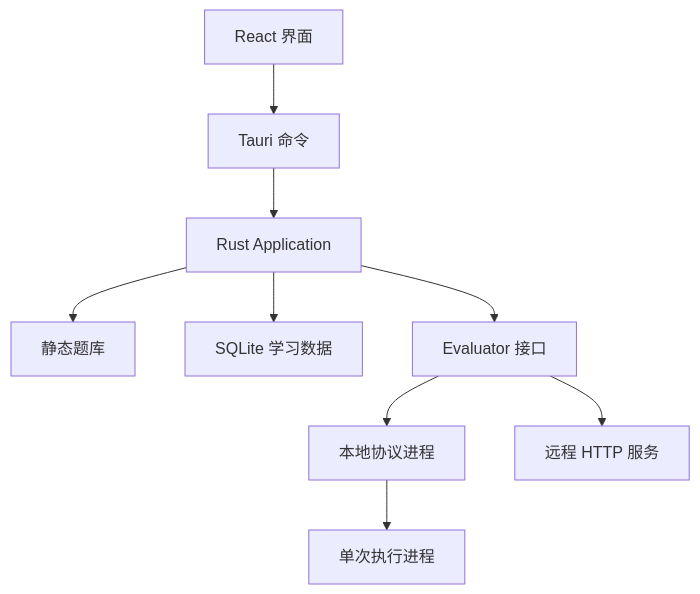
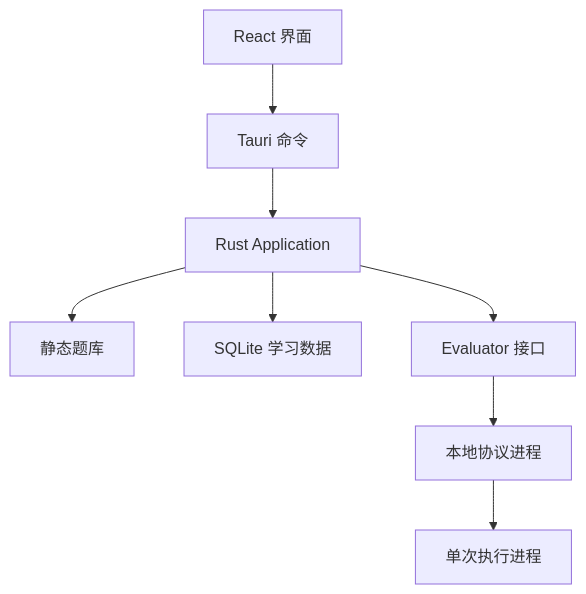
The diagram in docs/fern/pages/developer-guide/knowledge-base/architecture.md (BGWH123/Ember), drawn with Mermaid before and after one commit. The commit also changed other lines of this file and 211 other files, not shown here.

````diff
--- a/docs/fern/pages/developer-guide/knowledge-base/architecture.md
+++ b/docs/fern/pages/developer-guide/knowledge-base/architecture.md
@@ -11,11 +11,10 @@
 ```mermaid
 flowchart TB
   UI[React 界面] --> IPC[Tauri 命令]
   IPC --> App[Rust Application]
   App --> Catalog[静态题库]
   App --> DB[SQLite 学习数据]
   App --> Port[Evaluator 接口]
   Port --> Local[本地协议进程]
-  Port --> Remote[远程 HTTP 服务]
   Local --> Worker[单次执行进程]
 ```
````
